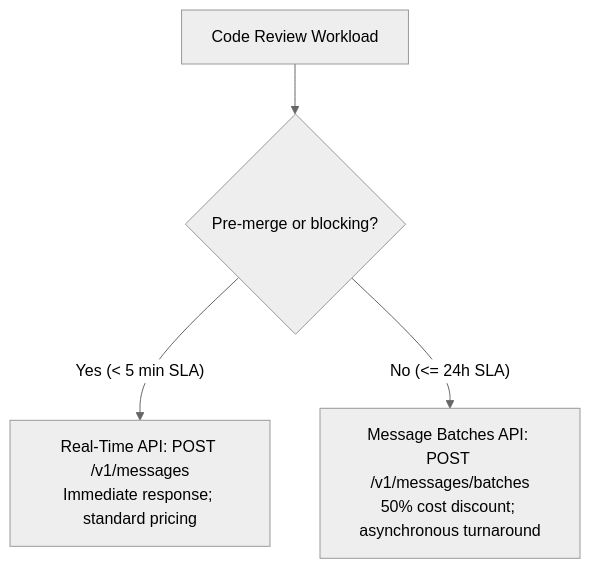
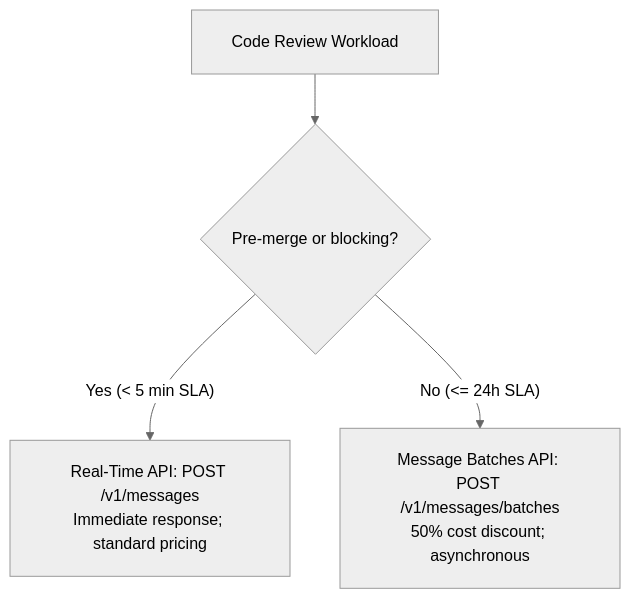
One commit to dip4k/claude_cert_architect_foundation_prep changed the second of 4 diagrams in scenarios/scenario_5_continuous_integration/SCENARIO_GUIDE.md. Above: the diagram before and after it, drawn with Mermaid (neutral theme). The commit also changed other lines of this file and 31 other files, not shown here.

First line of the commit message:
docs(diagrams): fix text trimming, padding, and layout in all mermaid diagrams

````diff
--- a/scenarios/scenario_5_continuous_integration/SCENARIO_GUIDE.md
+++ b/scenarios/scenario_5_continuous_integration/SCENARIO_GUIDE.md
@@ -98,7 +99,8 @@
 ```mermaid
+%%{init: {"flowchart": {"htmlLabels": true, "padding": 20}}}%%
 flowchart TD
     Task["Code Review Workload"] --> LatencyCheck{"Pre-merge or blocking?"}
     
     LatencyCheck -- "Yes (< 5 min SLA)" --> RealTime["Real-Time API: POST /v1/messages<br/>Immediate response; standard pricing"]
-    LatencyCheck -- "No (<= 24h SLA)" --> BatchAPI["Message Batches API: POST /v1/messages/batches<br/>50% cost discount; asynchronous turnaround"]
+    LatencyCheck -- "No (<= 24h SLA)" --> BatchAPI["Message Batches API: POST /v1/messages/batches<br/>50% cost discount; asynchronous"]
 ```
````
